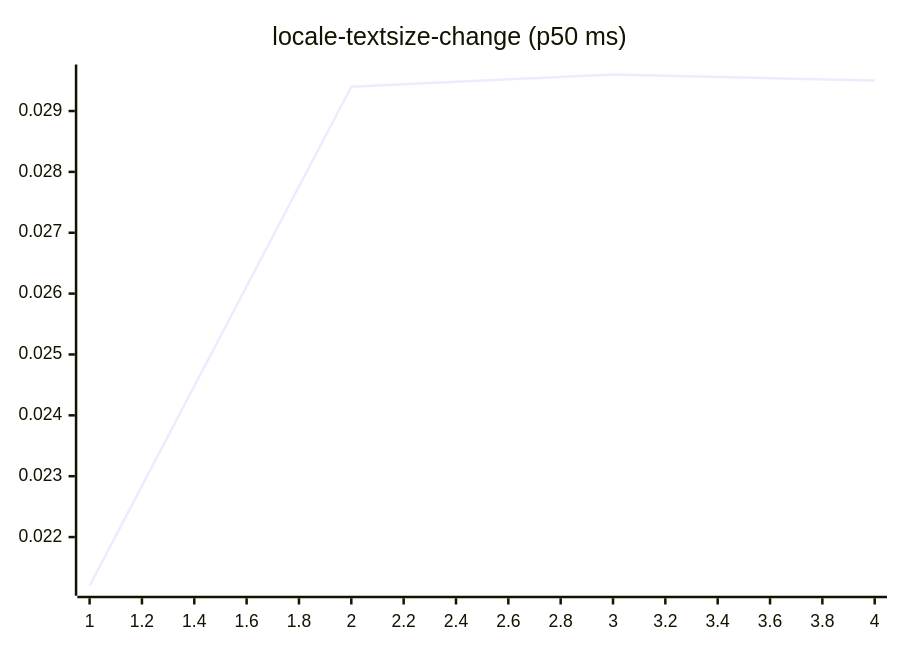
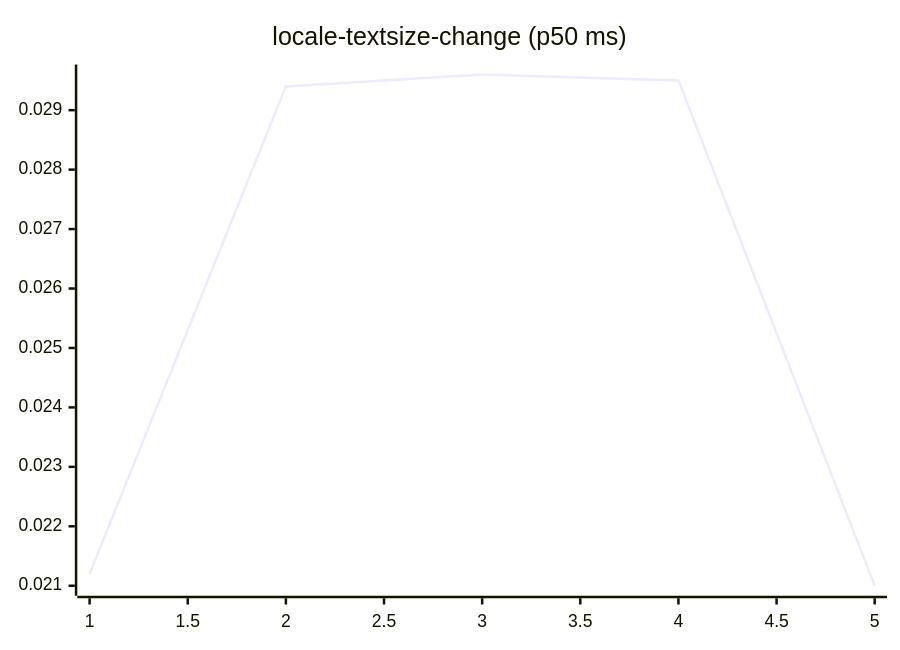
Diagram 13 of 27 in README.md (josha/Facet), drawn with Mermaid before and after one commit. The commit also changed other lines of this file and 2 other files, not shown here.

````diff
--- a/README.md
+++ b/README.md
@@ -147,6 +147,6 @@
 ```mermaid
 xychart-beta
     title "locale-textsize-change (p50 ms)"
-    x-axis 1 --> 4
-    line [0.0212, 0.0294, 0.0296, 0.0295]
+    x-axis 1 --> 5
+    line [0.0212, 0.0294, 0.0296, 0.0295, 0.0210]
 ```
````
